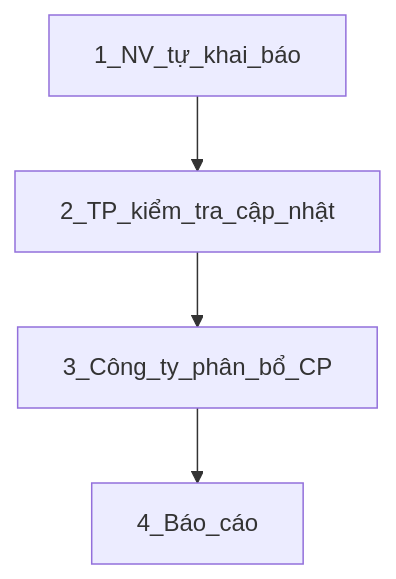
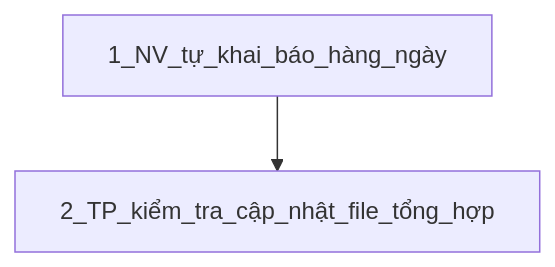
Before and after one commit to hoanglong8/FoxAI-Cong-viec-chung: the third of 4 diagrams in Biên bản họp/Năm 2025/Tháng 4/BB họp tuần 16.md, drawn with Mermaid. The commit also changed other lines of this file, not shown here.

````diff
--- a/Biên bản họp/Năm 2025/Tháng 4/BB họp tuần 16.md
+++ b/Biên bản họp/Năm 2025/Tháng 4/BB họp tuần 16.md
@@ -99,4 +101,4 @@
 ```mermaid
 graph TB;
-    1_NV_tự_khai_báo --> 2_TP_kiểm_tra_cập_nhật --> 3_Công_ty_phân_bổ_CP --> 4_Báo_cáo
+    1_NV_tự_khai_báo_hàng_ngày --> 2_TP_kiểm_tra_cập_nhật_file_tổng_hợp
 ```
````
